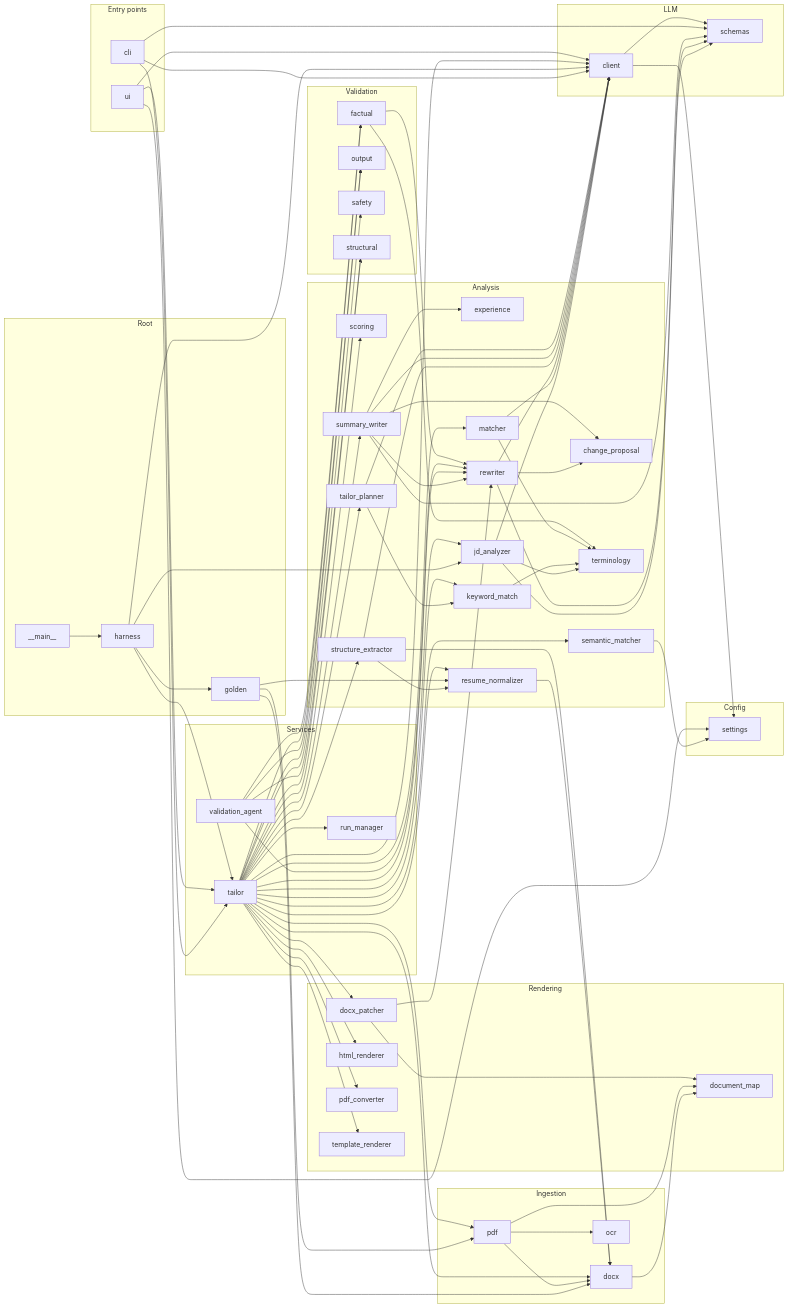
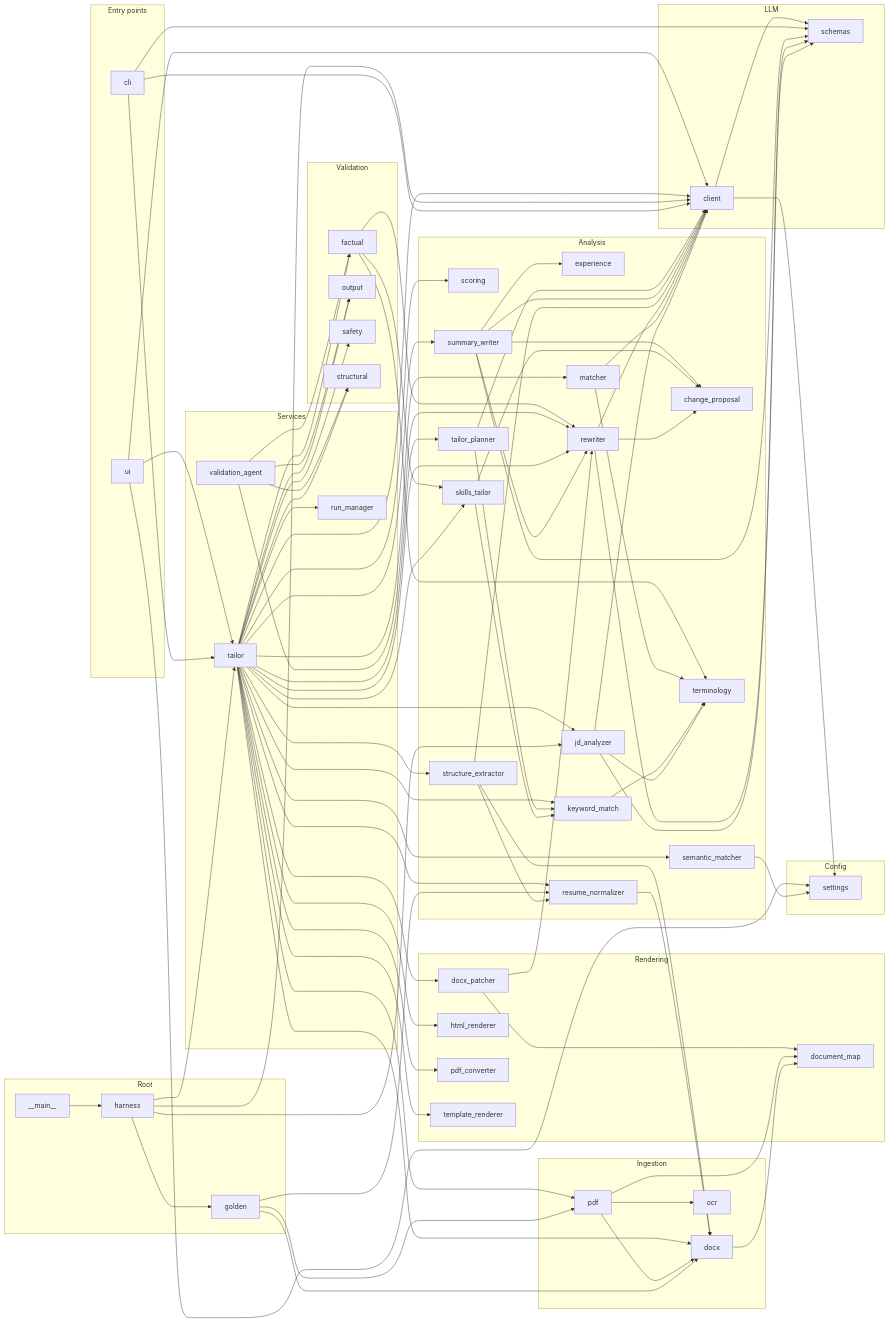
Before and after one commit to alwayss-snape/Resume-optimizer: the diagram in docs/KNOWLEDGE_GRAPH.md, drawn with Mermaid. The commit also changed other lines of this file and 13 other files, not shown here.

````diff
--- a/docs/KNOWLEDGE_GRAPH.md
+++ b/docs/KNOWLEDGE_GRAPH.md
@@ -799,6 +820,7 @@
     analysis_rewriter[rewriter]
     analysis_scoring[scoring]
     analysis_semantic_matcher[semantic_matcher]
+    analysis_skills_tailor[skills_tailor]
     analysis_structure_extractor[structure_extractor]
     analysis_summary_writer[summary_writer]
     analysis_tailor_planner[tailor_planner]
@@ -854,6 +876,8 @@
   analysis_rewriter --> llm_client
   analysis_rewriter --> llm_schemas
   analysis_semantic_matcher --> config_settings
+  analysis_skills_tailor --> analysis_change_proposal
+  analysis_skills_tailor --> analysis_keyword_match
   analysis_structure_extractor --> analysis_resume_normalizer
   analysis_structure_extractor --> ingestion_docx
   analysis_structure_extractor --> llm_client
@@ -890,6 +914,7 @@
   services_tailor --> analysis_rewriter
   services_tailor --> analysis_scoring
   services_tailor --> analysis_semantic_matcher
+  services_tailor --> analysis_skills_tailor
   services_tailor --> analysis_structure_extractor
   services_tailor --> analysis_summary_writer
   services_tailor --> analysis_tailor_planner
@@ -913,5 +938,6 @@
   ui --> llm_client
   ui --> services_tailor
   validation_factual --> analysis_rewriter
+  validation_factual --> analysis_skills_tailor
   validation_factual --> analysis_terminology
 ```
````
